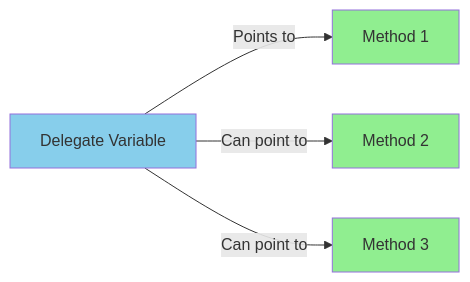
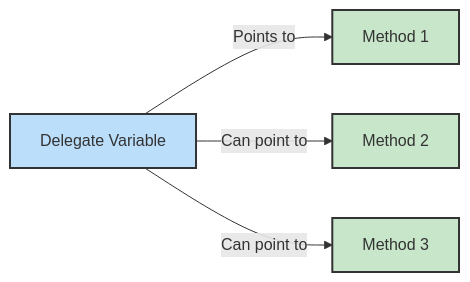
Before and after one commit to NguyenPhamCode4You/ai-home-lab-docker-compose: the first of 10 diagrams in C# fundamentals/day03-delegates-events.md, drawn with Mermaid. The commit also changed other lines of this file and 10 other files, not shown here.

````diff
--- a/C# fundamentals/day03-delegates-events.md
+++ b/C# fundamentals/day03-delegates-events.md
@@ -21,11 +21,11 @@
 ```mermaid
 graph LR
     A[Delegate Variable] -->|Points to| B[Method 1]
     A -->|Can point to| C[Method 2]
     A -->|Can point to| D[Method 3]
 
-    style A fill:#87CEEB
-    style B fill:#90EE90
-    style C fill:#90EE90
-    style D fill:#90EE90
+    style A fill:#bbdefb,stroke:#333,stroke-width:2px
+    style B fill:#c8e6c9,stroke:#333,stroke-width:2px
+    style C fill:#c8e6c9,stroke:#333,stroke-width:2px
+    style D fill:#c8e6c9,stroke:#333,stroke-width:2px
 ```
````
